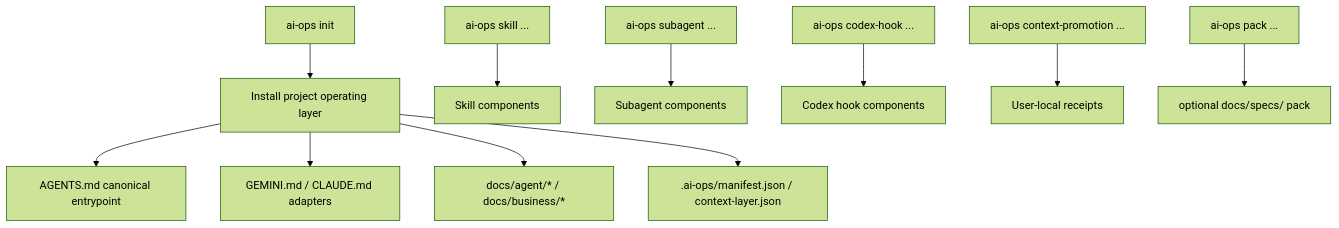
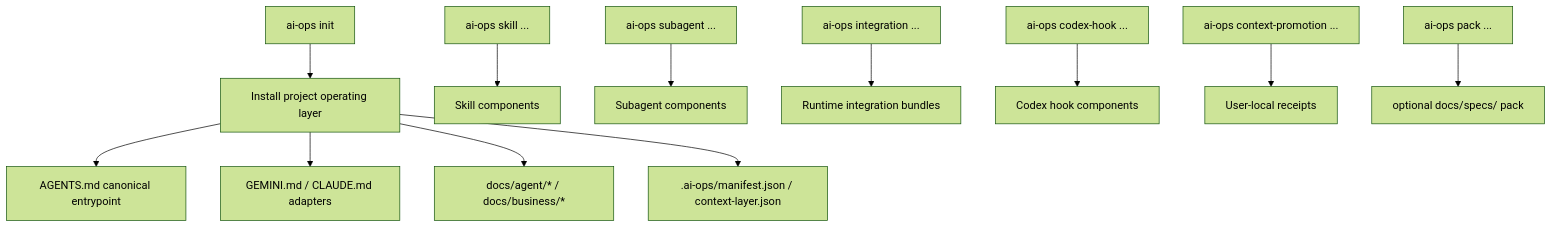
One commit to MincheolC/ai-ops-cli changed the diagram in apps/cli/README.md. Above: the diagram before and after it, drawn with Mermaid (forest theme). The commit also changed other lines of this file and 32 other files, not shown here.

````diff
--- a/apps/cli/README.md
+++ b/apps/cli/README.md
@@ -11,14 +11,15 @@
 ```mermaid
 flowchart TD
   init["ai-ops init"] --> layer["Install project operating layer"]
   layer --> entry["AGENTS.md canonical entrypoint"]
   layer --> adapters["GEMINI.md / CLAUDE.md adapters"]
   layer --> docs["docs/agent/* / docs/business/*"]
   layer --> state[".ai-ops/manifest.json / context-layer.json"]
 
   skill["ai-ops skill ..."] --> skillComponent["Skill components"]
   subagent["ai-ops subagent ..."] --> subagentComponent["Subagent components"]
+  integration["ai-ops integration ..."] --> integrationComponent["Runtime integration bundles"]
   hook["ai-ops codex-hook ..."] --> hookComponent["Codex hook components"]
   receipt["ai-ops context-promotion ..."] --> receiptComponent["User-local receipts"]
   pack["ai-ops pack ..."] --> docsSpecs["optional docs/specs/ pack"]
 ```
````
